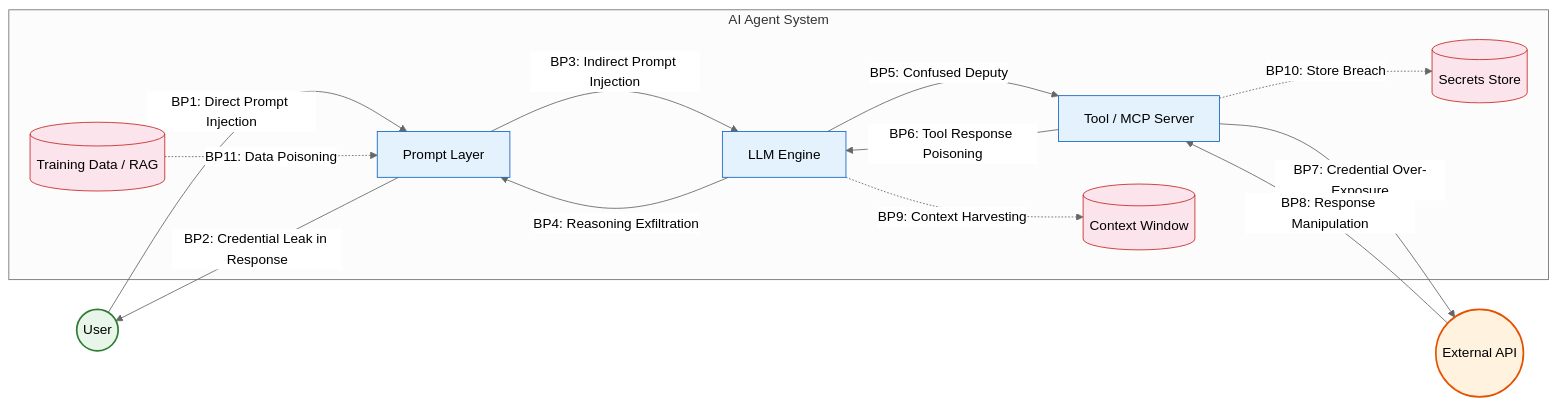
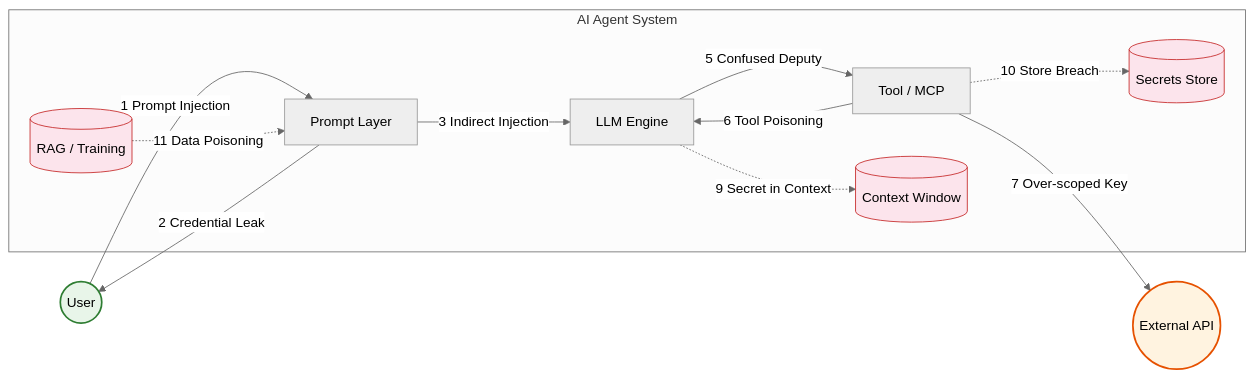
One commit to yayashuxue/awesome-ai-auth-credential-protection changed the first of 2 diagrams in README.md. Above: the diagram before and after it, drawn with Mermaid (neutral theme). The commit also changed other lines of this file, not shown here.

Commit message:
Balance README: keep diagrams + DET/PROB tables, link to interactive site for details. Fix Pages deploy.

````diff
--- a/README.md
+++ b/README.md
@@ -35,36 +28,29 @@
 ```mermaid
 graph LR
     User(("User"))
-
     subgraph Agent["AI Agent System"]
         Prompt["Prompt Layer"]
         LLM["LLM Engine"]
-        Tool["Tool / MCP Server"]
+        Tool["Tool / MCP"]
         Context[("Context Window")]
         Secrets[("Secrets Store")]
-        RAG[("Training Data / RAG")]
+        RAG[("RAG / Training")]
     end
-
     API(("External API"))
 
-    User -- "BP1: Direct Prompt Injection" --> Prompt
-    Prompt -- "BP2: Credential Leak in Response" --> User
-    Prompt -- "BP3: Indirect Prompt Injection" --> LLM
-    LLM -- "BP4: Reasoning Exfiltration" --> Prompt
-    LLM -- "BP5: Confused Deputy" --> Tool
-    Tool -- "BP6: Tool Response Poisoning" --> LLM
-    Tool -- "BP7: Credential Over-Exposure" --> API
-    API -- "BP8: Response Manipulation" --> Tool
-    LLM -. "BP9: Context Harvesting" .-> Context
-    Tool -. "BP10: Store Breach" .-> Secrets
-    RAG -. "BP11: Data Poisoning" .-> Prompt
+    User -- "1 Prompt Injection" --> Prompt
+    Prompt -- "2 Credential Leak" --> User
+    Prompt -- "3 Indirect Injection" --> LLM
+    LLM -- "5 Confused Deputy" --> Tool
+    Tool -- "6 Tool Poisoning" --> LLM
+    Tool -- "7 Over-scoped Key" --> API
+    LLM -. "9 Secret in Context" .-> Context
+    Tool -. "10 Store Breach" .-> Secrets
+    RAG -. "11 Data Poisoning" .-> Prompt
 
-    style User fill:#e8f5e9,stroke:#2e7d32,stroke-width:2px,color:#000
-    style API fill:#fff3e0,stroke:#e65100,stroke-width:2px,color:#000
-    style Prompt fill:#e3f2fd,stroke:#1565c0,color:#000
-    style LLM fill:#e3f2fd,stroke:#1565c0,color:#000
-    style Tool fill:#e3f2fd,stroke:#1565c0,color:#000
     style Context fill:#fce4ec,stroke:#c62828,color:#000
     style Secrets fill:#fce4ec,stroke:#c62828,color:#000
     style RAG fill:#fce4ec,stroke:#c62828,color:#000
+    style User fill:#e8f5e9,stroke:#2e7d32,stroke-width:2px,color:#000
+    style API fill:#fff3e0,stroke:#e65100,stroke-width:2px,color:#000
 ```
````
